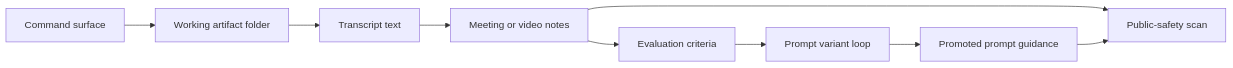
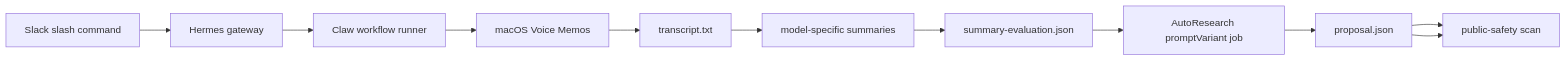
Before and after one commit to jbelnick/meeting-intelligence-pipelines: the diagram in docs/architecture.md, drawn with Mermaid. The commit also changed other lines of this file and 25 other files, not shown here.

````diff
--- a/docs/architecture.md
+++ b/docs/architecture.md
@@ -7,11 +7,13 @@
 ```mermaid
 flowchart LR
-    Command["Command surface"] --> Workspace["Working artifact folder"]
-    Workspace --> Transcript["Transcript text"]
-    Transcript --> Notes["Meeting or video notes"]
-    Notes --> Eval["Evaluation criteria"]
-    Eval --> Research["Prompt variant loop"]
-    Research --> Promotion["Promoted prompt guidance"]
-    Notes --> Safety["Public-safety scan"]
+    Slack["Slack slash command"] --> Hermes["Hermes gateway"]
+    Hermes --> Claw["Claw workflow runner"]
+    Claw --> Mac["macOS Voice Memos"]
+    Mac --> Transcript["transcript.txt"]
+    Transcript --> Summaries["model-specific summaries"]
+    Summaries --> Eval["summary-evaluation.json"]
+    Eval --> Research["AutoResearch promptVariant job"]
+    Research --> Promotion["proposal.json"]
+    Promotion --> Safety["public-safety scan"]
     Promotion --> Safety
 ```
````
